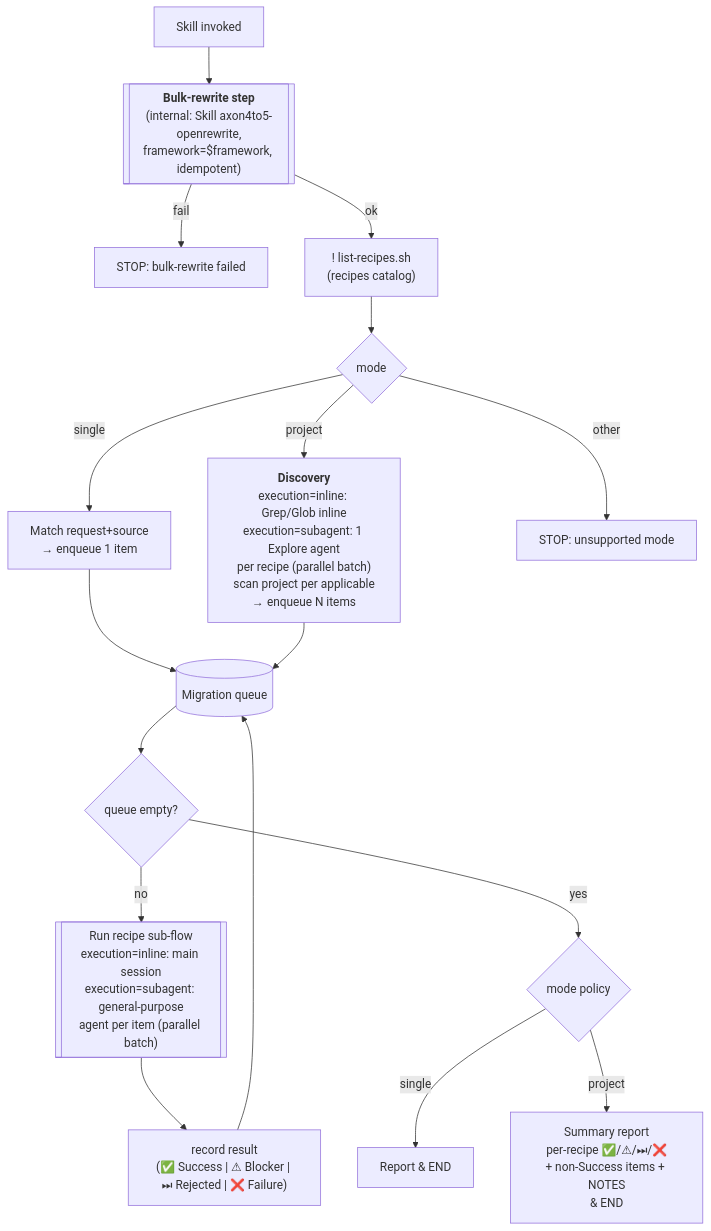
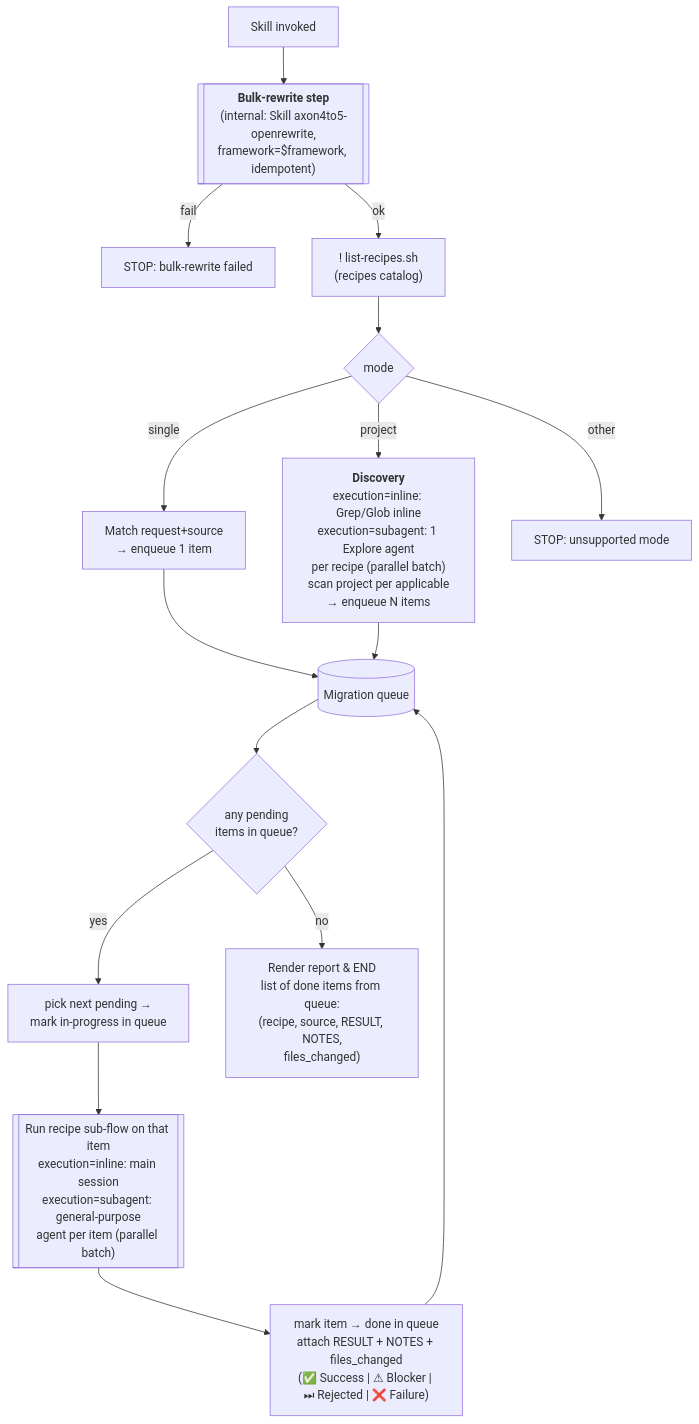
The first of 2 diagrams in skills/axon4to5-migrate/SKILL.md (AxonIQ/agent-skills), drawn with Mermaid before and after one commit. The commit also changed other lines of this file and 2 other files, not shown here.

First line of the commit message:
skills(axon4to5-migrate): remove `PLANS.md`, refine queue flow and result handling in `SKILL.md`

````diff
--- a/skills/axon4to5-migrate/SKILL.md
+++ b/skills/axon4to5-migrate/SKILL.md
@@ -90,25 +90,22 @@
 ```mermaid
 flowchart TD
     A[Skill invoked] --> ORW[["<b>Bulk-rewrite step</b><br/>(internal: Skill axon4to5-openrewrite,<br/>framework=$framework, idempotent)"]]
     ORW -- fail --> XORW[STOP: bulk-rewrite failed]
     ORW -- ok --> B["! list-recipes.sh<br/>(recipes catalog)"]
     B --> C{mode}
 
     %% mode-specific producers — all feed the same queue
     C -- single --> P1["Match request+source<br/>→ enqueue 1 item"]
     C -- project --> P2["<b>Discovery</b><br/>execution=inline: Grep/Glob inline<br/>execution=subagent: 1 Explore agent<br/>per recipe (parallel batch)<br/>scan project per applicable<br/>→ enqueue N items"]
     C -- other --> X[STOP: unsupported mode]
     P1 --> Q[(Migration queue)]
     P2 --> Q
 
-    %% shared processing loop
-    Q --> L{queue empty?}
-    L -- no --> W[["Run recipe sub-flow<br/>execution=inline: main session<br/>execution=subagent: general-purpose<br/>agent per item (parallel batch)"]]
-    W --> REC["record result<br/>(✅ Success | ⚠ Blocker | ⏭ Rejected | ❌ Failure)"]
-    REC --> Q
-    L -- yes --> M{mode policy}
-
-    %% empty-queue behavior per mode
-    M -- single --> E["Report &amp; END"]
-    M -- project --> E2["Summary report<br/>per-recipe ✅/⚠/⏭/❌<br/>+ non-Success items + NOTES<br/>&amp; END"]
+    %% shared processing loop — items stay in the queue, state transitions write back to it
+    Q --> L{any pending<br/>items in queue?}
+    L -- yes --> INP["pick next pending →<br/>mark in-progress in queue"]
+    INP --> W[["Run recipe sub-flow on that item<br/>execution=inline: main session<br/>execution=subagent: general-purpose<br/>agent per item (parallel batch)"]]
+    W --> DONE["mark item → done in queue<br/>attach RESULT + NOTES + files_changed<br/>(✅ Success | ⚠ Blocker | ⏭ Rejected | ❌ Failure)"]
+    DONE --> Q
+    L -- no --> RPT["Render report &amp; END<br/>list of done items from queue:<br/>(recipe, source, RESULT, NOTES,<br/>files_changed)"]
 ```
````
